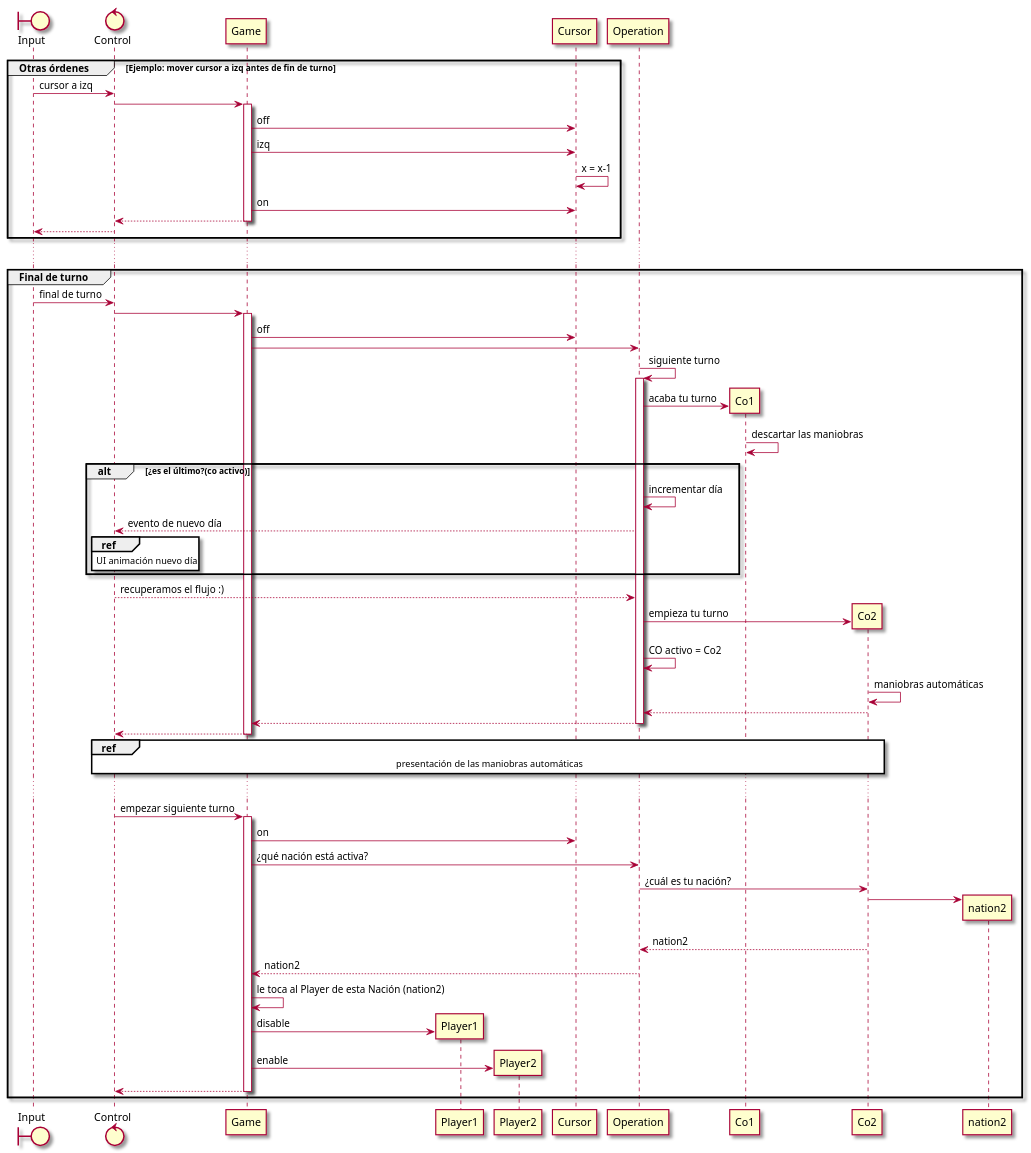
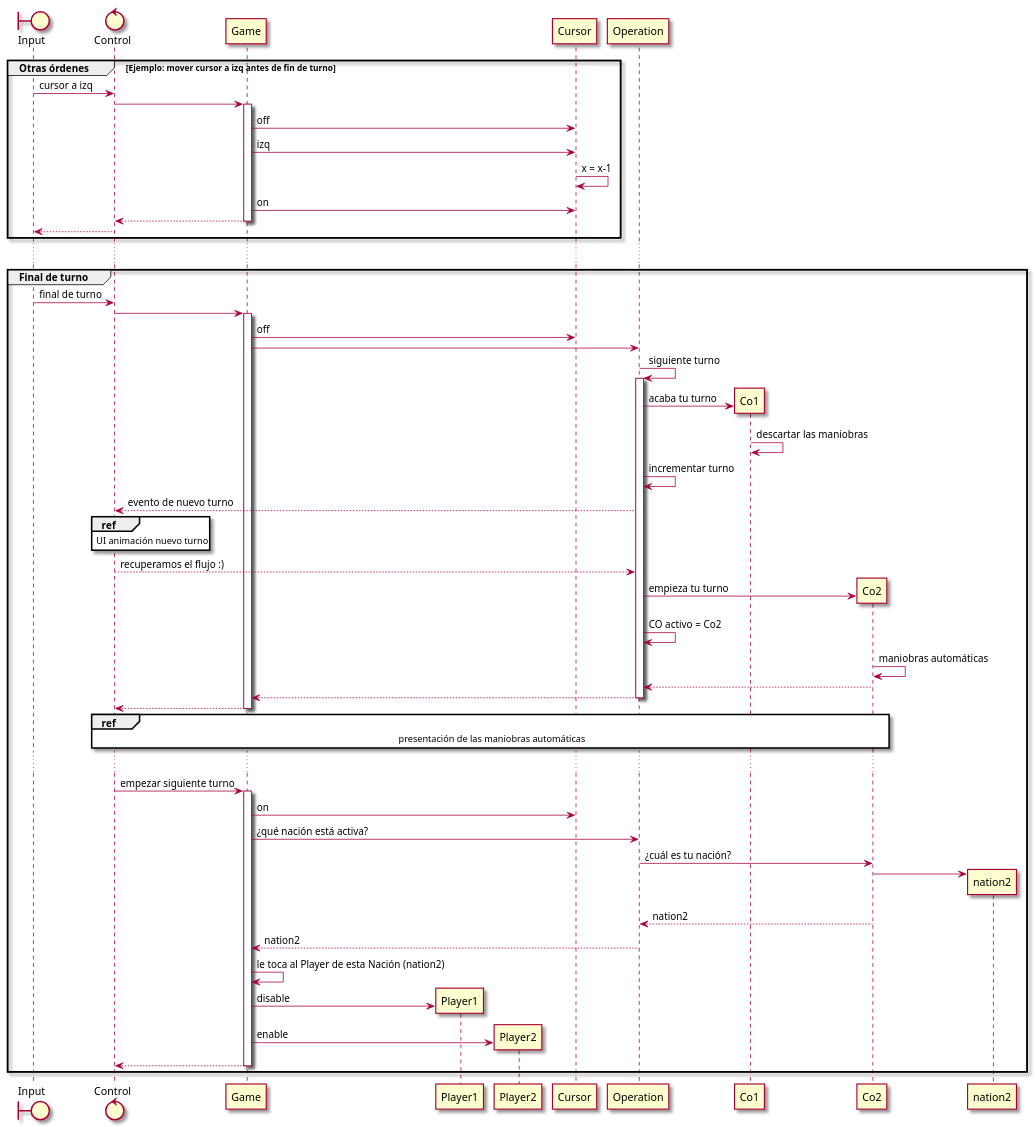
The diagram in Assets/AdvanceWars/Documentation~/OperationPlusGame.puml (RicardoGuzmanVelasco/AdvanceWars), drawn with PlantUML before and after one commit.

Commit message:
docs: replace Day as "Day of Nation" for the Turn as "Turn of a Nation in a Day"

```diff
--- a/Assets/AdvanceWars/Documentation~/OperationPlusGame.puml
+++ b/Assets/AdvanceWars/Documentation~/OperationPlusGame.puml
@@ -1,76 +1,74 @@
 @startuml
 skin rose
 
 boundary Input
 control Control 
 
 group Otras órdenes [Ejemplo: mover cursor a izq antes de fin de turno]
     Input -> Control : cursor a izq
     Control -> Game
     
     activate Game
     participant Player1
     participant Player2
     
     
     Game -> Cursor : off
     Game -> Cursor : izq
     Cursor -> Cursor : x = x-1
     Game -> Cursor : on
     return
     
     Control --> Input
 end
 
 ...
 
 group Final de turno
     Input -> Control : final de turno
     Control -> Game
     activate Game
     Game -> Cursor : off
     Game -> Operation
     
     Operation -> Operation : siguiente turno
     activate Operation
     create Co1
     Operation -> Co1 : acaba tu turno
     Co1 -> Co1 : descartar las maniobras
     
-    alt ¿es el último?(co activo)
-    Operation -> Operation : incrementar día
-    Operation --> Control : evento de nuevo día
-    ref over Control : UI animación nuevo día
-    end
+    Operation -> Operation : incrementar turno
+    Operation --> Control : evento de nuevo turno
+    ref over Control : UI animación nuevo turno
     
     Control --> Operation : recuperamos el flujo :)
     create Co2
     Operation -> Co2 : empieza tu turno 
     Operation -> Operation : CO activo = Co2
     Co2 -> Co2 : maniobras automáticas 
     
     Co2 --> Operation
     Operation --> Game
     deactivate Operation
     return
     ref over Control, Co2 : presentación de las maniobras automáticas
     
     ...
     
     Control -> Game : empezar siguiente turno
     activate Game
     Game -> Cursor : on
     Game -> Operation : ¿qué nación está activa?
     Operation -> Co2 : ¿cuál es tu nación?
     create nation2
     Co2 -> nation2
     Co2 --> Operation : nation2
     Operation --> Game : nation2
     Game -> Game : le toca al Player de esta Nación (nation2)
     create Player1
     Game -> Player1 : disable
     create Player2
     Game -> Player2 : enable
     return
 end
 @enduml
```
